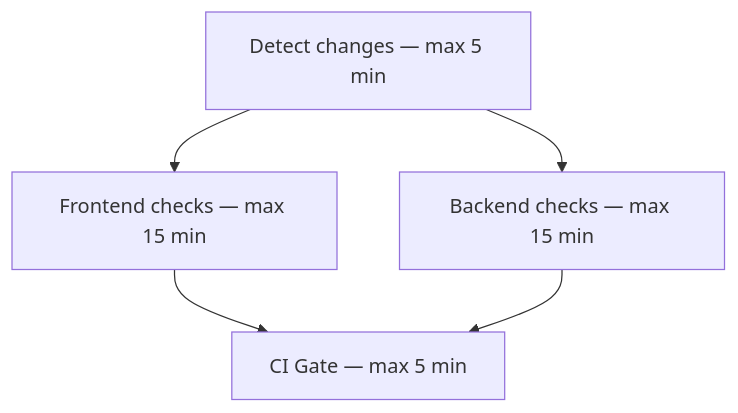
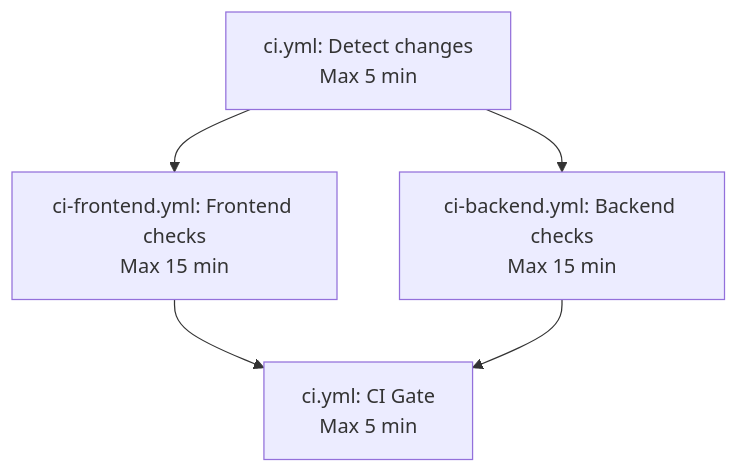
One commit to rstriletskyi-edu/kasyno-edu changed the diagram in docs/infrastructure/ci.md. Above: the diagram before and after it, drawn with Mermaid. The commit also changed other lines of this file and 3 other files, not shown here.

````diff
--- a/docs/infrastructure/ci.md
+++ b/docs/infrastructure/ci.md
@@ -5,11 +15,11 @@
 ```mermaid
 flowchart TD
-    A["Detect changes — max 5 min"]
-    B["Frontend checks — max 15 min"]
-    C["Backend checks — max 15 min"]
-    D["CI Gate — max 5 min"]
+    A["ci.yml: Detect changes<br/>Max 5 min"]
+    B["ci-frontend.yml: Frontend checks<br/>Max 15 min"]
+    C["ci-backend.yml: Backend checks<br/>Max 15 min"]
+    D["ci.yml: CI Gate<br/>Max 5 min"]
     A --> B
     A --> C
     B --> D
     C --> D
 ```
````
